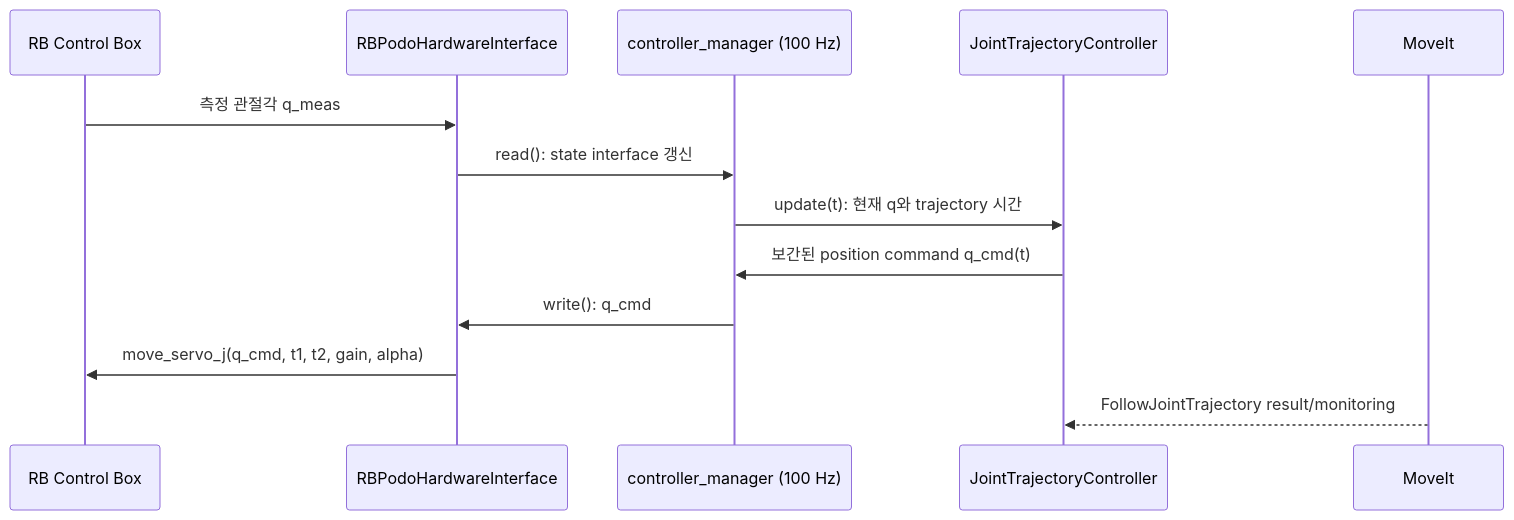
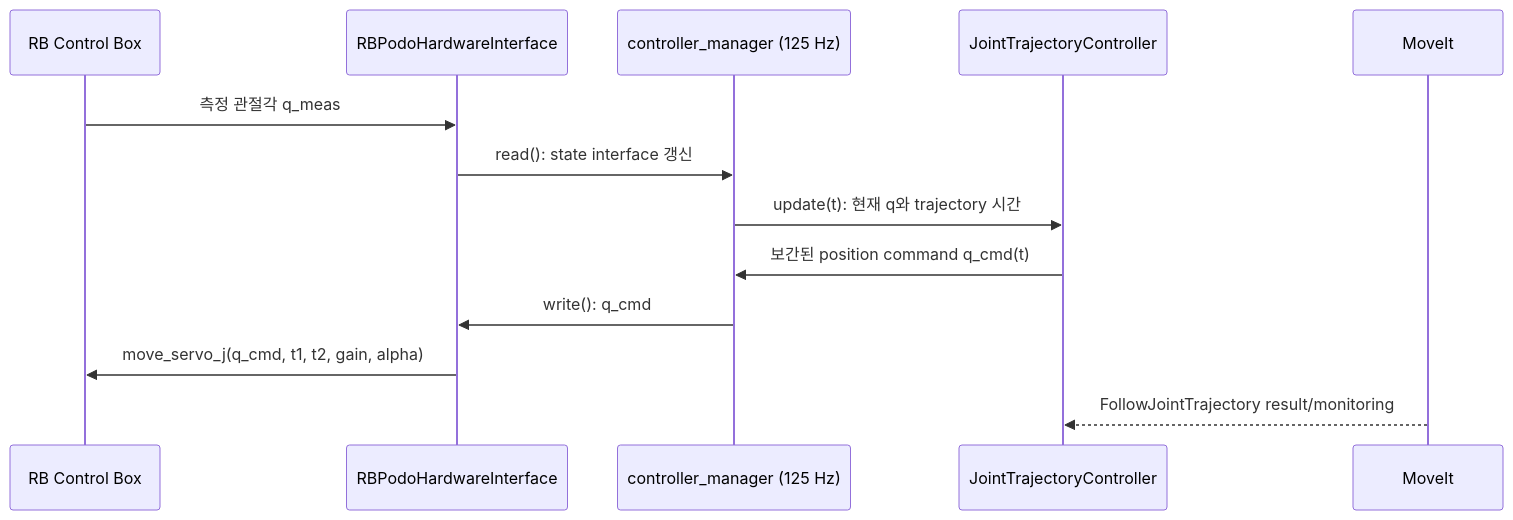
One commit to songwookim/202607_kiro_construction_robotics changed the second of 3 diagrams in docs/MOTION_MATH_AND_CONTROL_FLOW.md. Above: the diagram before and after it, drawn with Mermaid. The commit also changed other lines of this file and 1518 other files, not shown here.

````diff
--- a/docs/MOTION_MATH_AND_CONTROL_FLOW.md
+++ b/docs/MOTION_MATH_AND_CONTROL_FLOW.md
@@ -228,16 +273,16 @@
 ```mermaid
 sequenceDiagram
   participant RB as RB Control Box
   participant HW as RBPodoHardwareInterface
-  participant CM as controller_manager (100 Hz)
+  participant CM as controller_manager (125 Hz)
   participant JTC as JointTrajectoryController
   participant MG as MoveIt
 
   RB->>HW: 측정 관절각 q_meas
   HW->>CM: read(): state interface 갱신
   CM->>JTC: update(t): 현재 q와 trajectory 시간
   JTC->>CM: 보간된 position command q_cmd(t)
   CM->>HW: write(): q_cmd
   HW->>RB: move_servo_j(q_cmd, t1, t2, gain, alpha)
   MG-->>JTC: FollowJointTrajectory result/monitoring
 ```
````
